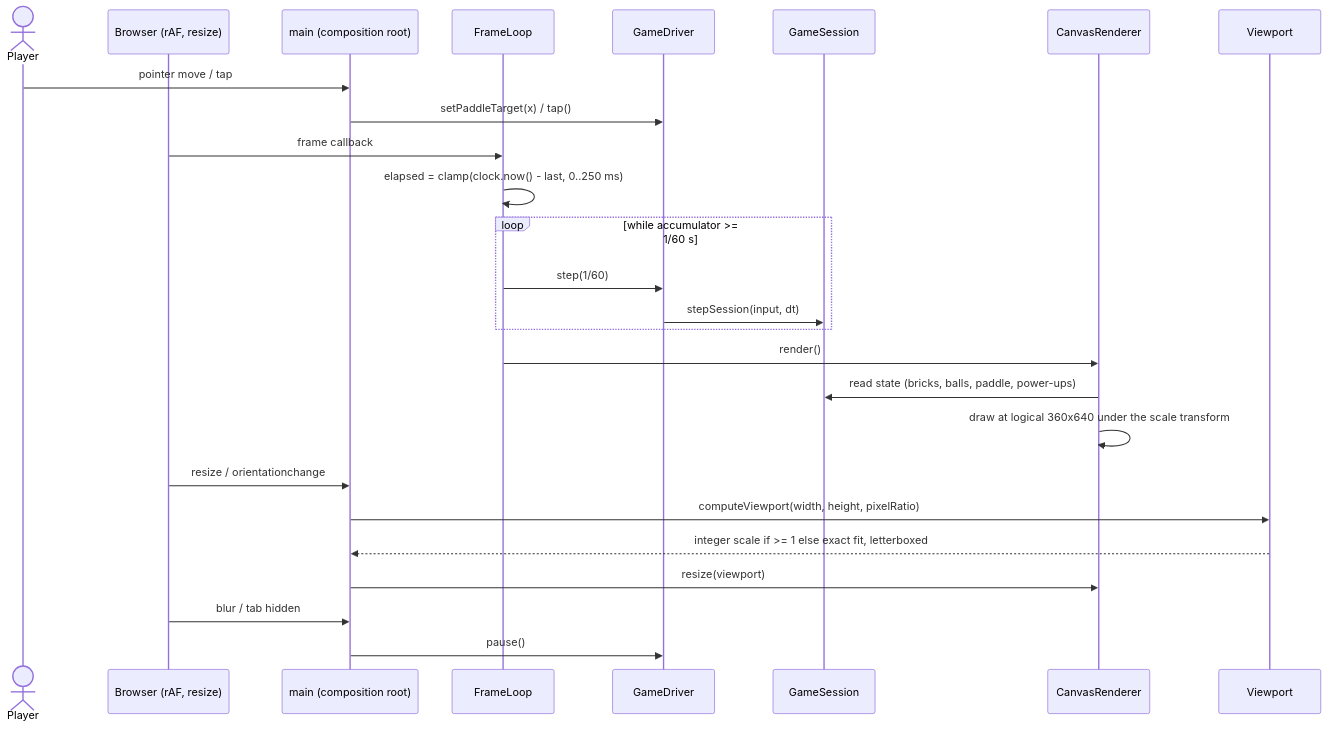
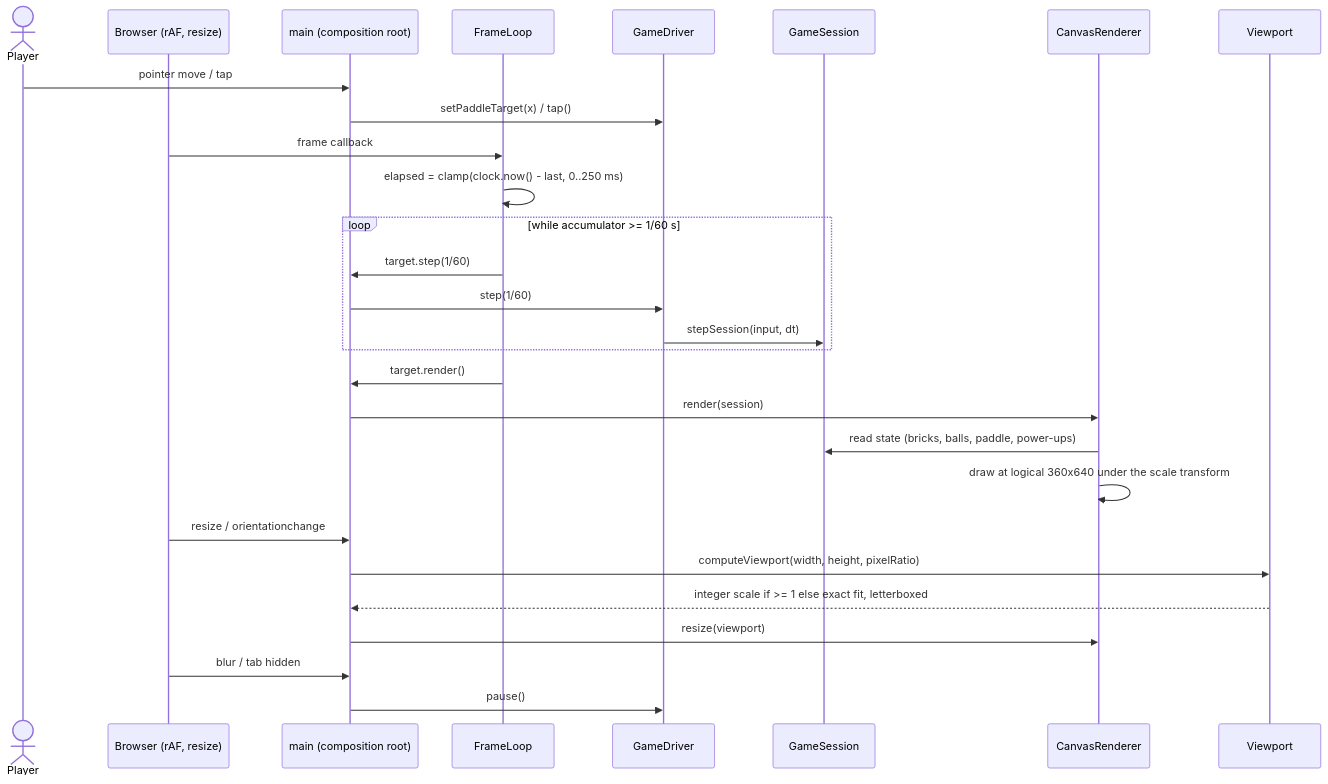
Before and after one commit to benoit-bremaud/retro-bounce: the diagram in docs/architecture/diagrams/gameplay/07-sequence-frame-and-resize.md, drawn with Mermaid. The commit also changed other lines of this file and 12 other files, not shown here.

````diff
--- a/docs/architecture/diagrams/gameplay/07-sequence-frame-and-resize.md
+++ b/docs/architecture/diagrams/gameplay/07-sequence-frame-and-resize.md
@@ -12,28 +12,30 @@
 ```mermaid
 sequenceDiagram
   actor P as Player
   participant B as Browser (rAF, resize)
   participant M as main (composition root)
   participant FL as FrameLoop
   participant GD as GameDriver
   participant S as GameSession
   participant R as CanvasRenderer
   participant V as Viewport
   P->>M: pointer move / tap
   M->>GD: setPaddleTarget(x) / tap()
   B->>FL: frame callback
   FL->>FL: elapsed = clamp(clock.now() - last, 0..250 ms)
   loop while accumulator >= 1/60 s
-    FL->>GD: step(1/60)
+    FL->>M: target.step(1/60)
+    M->>GD: step(1/60)
     GD->>S: stepSession(input, dt)
   end
-  FL->>R: render()
+  FL->>M: target.render()
+  M->>R: render(session)
   R->>S: read state (bricks, balls, paddle, power-ups)
   R->>R: draw at logical 360x640 under the scale transform
   B->>M: resize / orientationchange
   M->>V: computeViewport(width, height, pixelRatio)
   V-->>M: integer scale if >= 1 else exact fit, letterboxed
   M->>R: resize(viewport)
   B->>M: blur / tab hidden
   M->>GD: pause()
 ```
````
